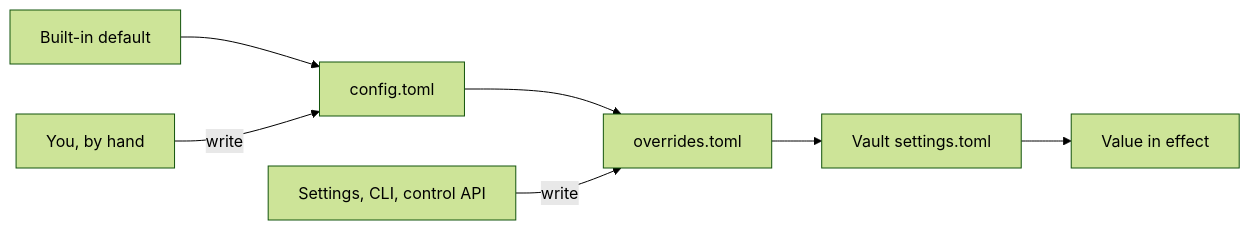
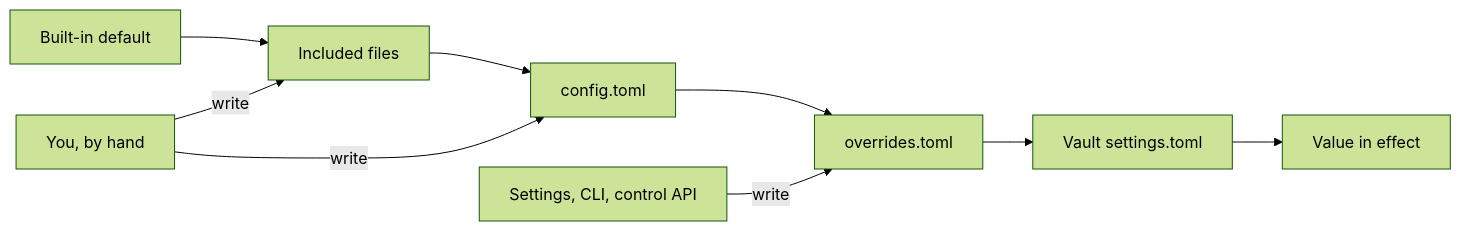
One commit to Vaultdraw/beltio changed the first of 2 diagrams in docs/configuration.md. Above: the diagram before and after it, drawn with Mermaid (forest theme). The commit also changed other lines of this file and 12 other files, not shown here.

Commit message:
feat(settings): included files in chips, Config files list and warnings; docs for [include]

````diff
--- a/docs/configuration.md
+++ b/docs/configuration.md
@@ -99,9 +100,11 @@
 ```mermaid
 flowchart LR
-  D[Built-in default] --> C[config.toml]
+  D[Built-in default] --> I[Included files]
+  I --> C[config.toml]
   C --> O[overrides.toml]
   O --> V[Vault settings.toml]
   V --> E[Value in effect]
   S[Settings, CLI, control API] -- write --> O
   Y[You, by hand] -- write --> C
+  Y -- write --> I
 ```
````
